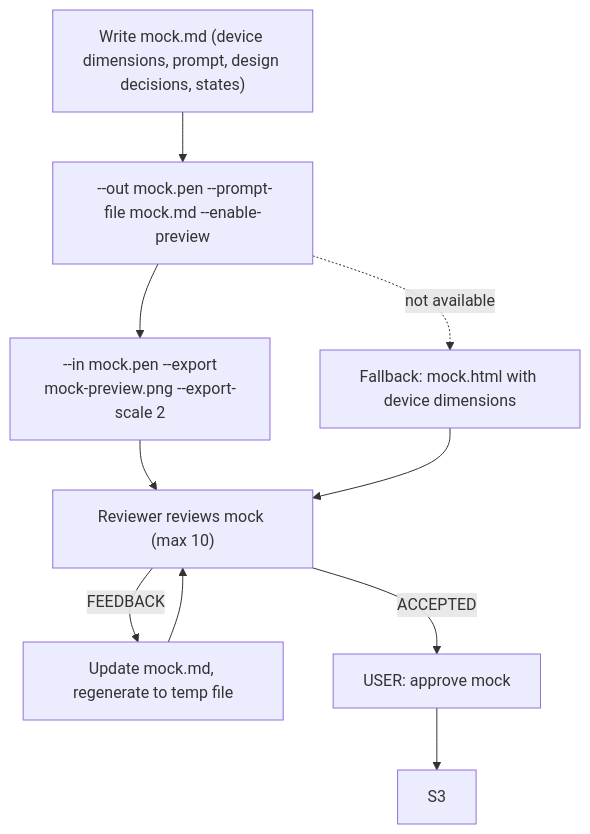
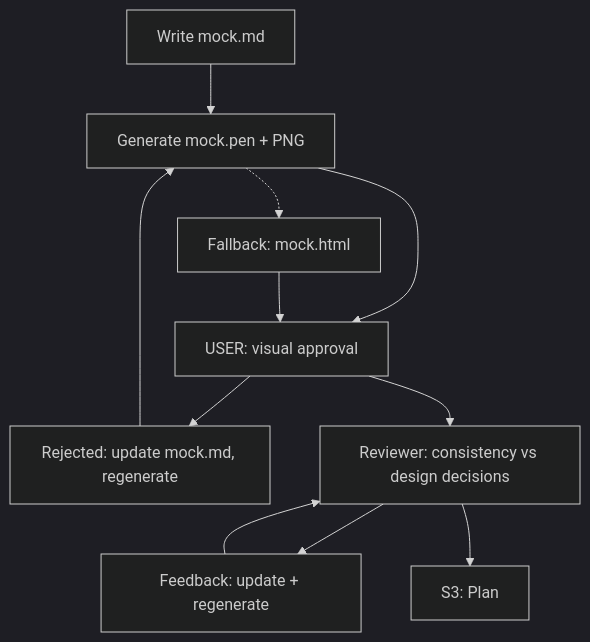
One commit to Nayeem170/KoThok changed the eighth of 9 diagrams in docs/AGENTIC_PIPELINE.md. Above: the diagram before and after it, drawn with Mermaid. The commit also changed other lines of this file and 1 other file, not shown here.

First line of the commit message:
docs: rewrite pipeline diagrams for dark mode readability

````diff
--- a/docs/AGENTIC_PIPELINE.md
+++ b/docs/AGENTIC_PIPELINE.md
@@ -516,13 +524,14 @@
 ```mermaid
+%%{init: {'theme': 'dark'}}%%
 flowchart TD
-    S25a["Write mock.md (device dimensions, prompt, design decisions, states)"]
-    S25a --> S25g["<pen_cli> --out mock.pen --prompt-file mock.md --enable-preview"]
-    S25g --> S25e["<pen_cli> --in mock.pen --export mock-preview.png --export-scale 2"]
-    S25e --> S25r["Reviewer reviews mock (max 10)"]
-    S25r --> |"FEEDBACK"| S25f["Update mock.md, regenerate to temp file"]
-    S25f --> S25r
-    S25r --> |"ACCEPTED"| S25u["USER: approve mock"]
-    S25u --> S3
-    S25g -.-> |"<pen_cli> not available"| FB["Fallback: mock.html with device dimensions"]
-    FB --> S25r
+    S25A["Write mock.md"] --> S25G["Generate mock.pen + PNG"]
+    S25G --> S25U["USER: visual approval"]
+    S25U --> S25F["Rejected: update mock.md, regenerate"]
+    S25F --> S25G
+    S25U --> S25R["Reviewer: consistency vs design decisions"]
+    S25R --> S25F2["Feedback: update + regenerate"]
+    S25F2 --> S25R
+    S25R --> S3["S3: Plan"]
+    S25G -.-> FB["Fallback: mock.html"]
+    FB --> S25U
 ```
````
